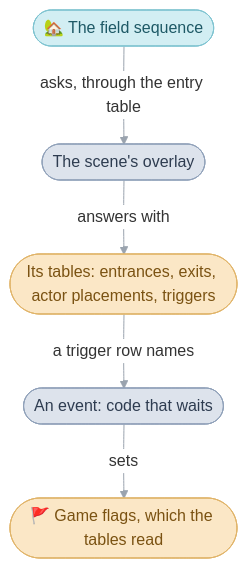
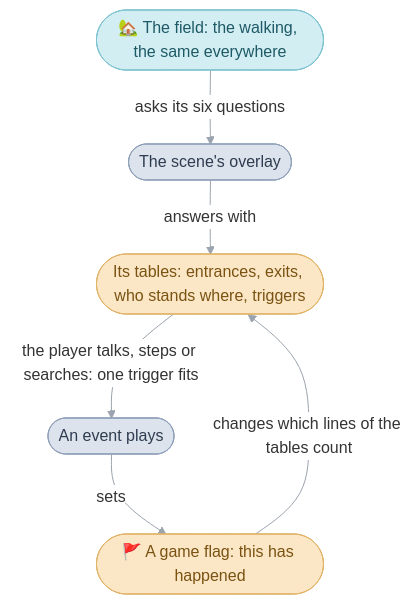
Before and after one commit to PascalPixel/alchemy: the first of 2 diagrams in games/tbs/src/scene/README.md, drawn with Mermaid. The commit also changed other lines of this file and 20 other files, not shown here.

````diff
--- a/games/tbs/src/scene/README.md
+++ b/games/tbs/src/scene/README.md
@@ -35,14 +59,15 @@
 ```mermaid
 %%{init: {"theme": "base", "themeVariables": {"lineColor": "#9AA3AE", "edgeLabelBackground": "#FFFFFF"}, "flowchart": {"curve": "basis", "padding": 12}}}%%
 flowchart TD
-  field(["🏡 The field sequence"]) -- "asks, through the entry table" --> overlay(["The scene's overlay"])
-  overlay -- "answers with" --> tables(["Its tables: entrances, exits, actor placements, triggers"])
-  tables -- "a trigger row names" --> event(["An event: code that waits"])
-  event -- "sets" --> flags(["🚩 Game flags, which the tables read"])
+  field(["🏡 The field: the walking, the same everywhere"]) -- "asks its six questions" --> overlay(["The scene's overlay"])
+  overlay -- "answers with" --> tables(["Its tables: entrances, exits, who stands where, triggers"])
+  tables -- "the player talks, steps or searches: one trigger fits" --> event(["An event plays"])
+  event -- "sets" --> flags(["🚩 A game flag: this has happened"])
+  flags -- "changes which lines of the tables count" --> tables
   classDef sequence fill:#D2EEF3,stroke:#7FC3D0,color:#1E5966
   classDef overlay fill:#DDE3EC,stroke:#8FA0B8,color:#2E3C50
   classDef data fill:#FBE7C6,stroke:#E0B46A,color:#7A5212
   class field sequence
   class overlay,event overlay
   class tables,flags data
 ```
````
